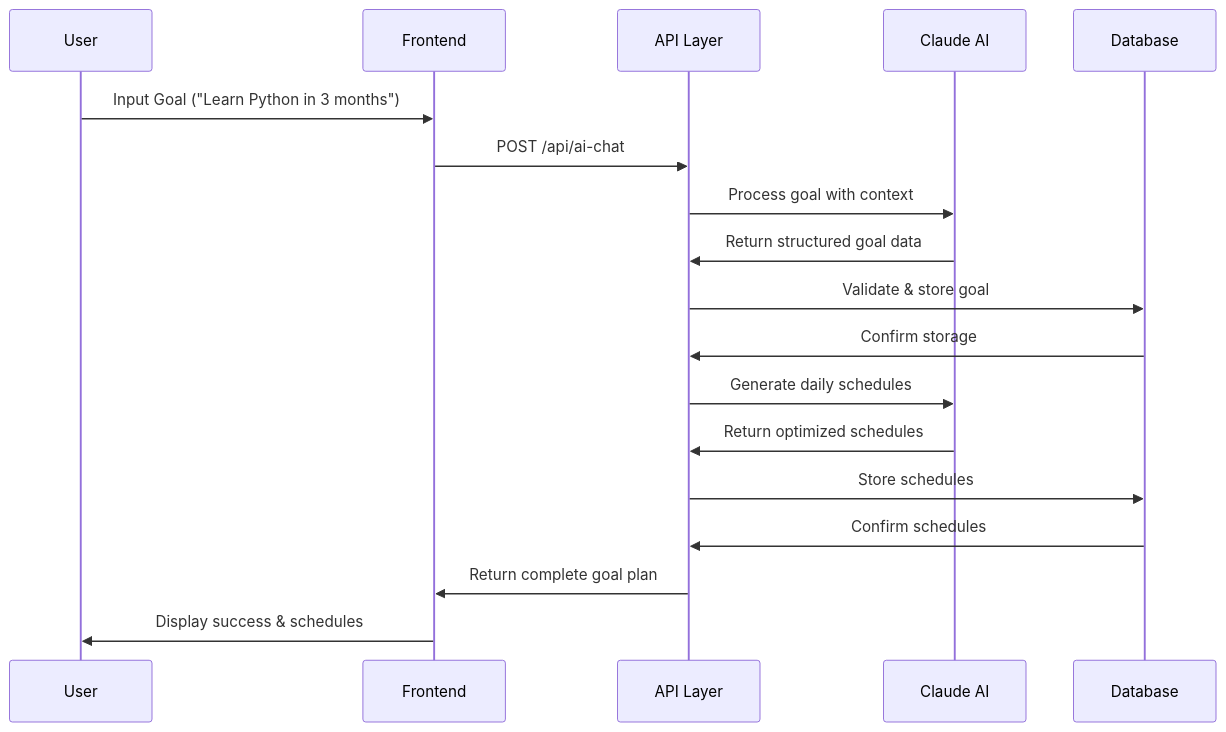
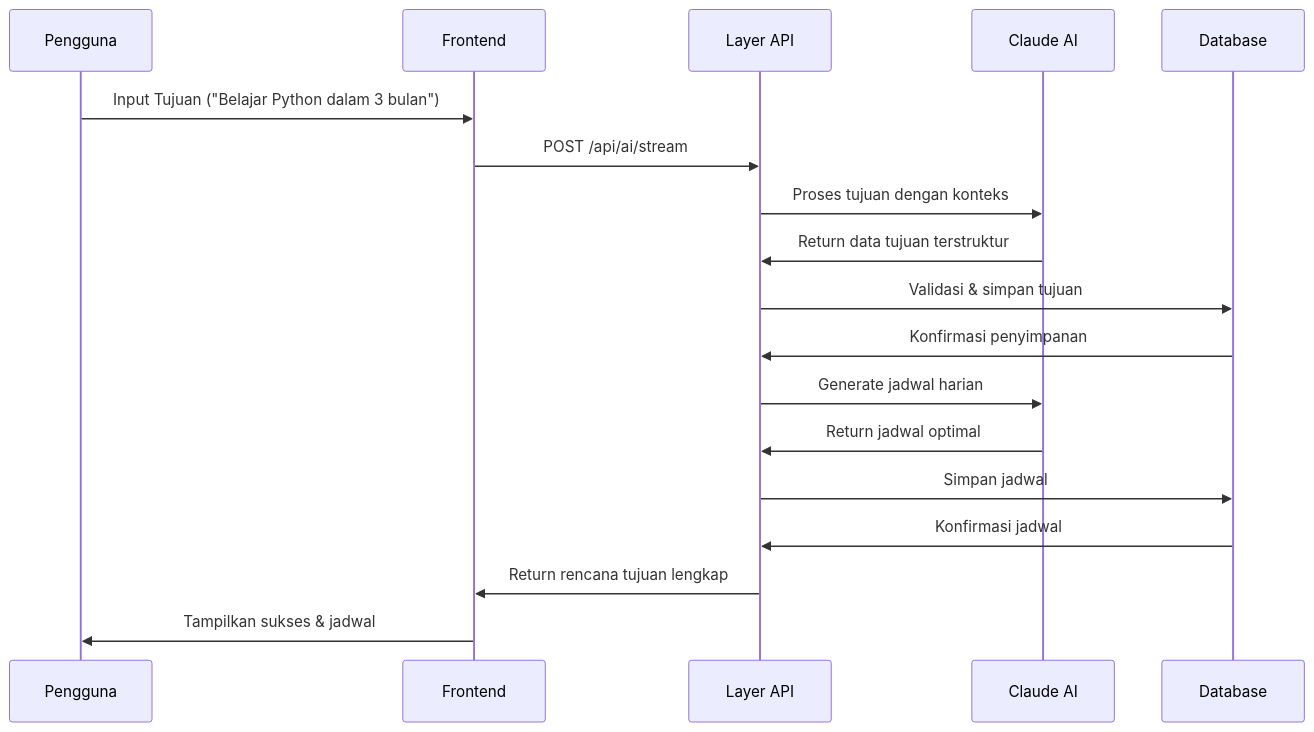
The diagram in README.md (dewianaaryani/scheduler-ai), drawn with Mermaid before and after one commit. The commit also changed other lines of this file and 18 other files, not shown here.

First line of the commit message:
feat: Implement streaming API for goal processing with progress updates

````diff
--- a/README.md
+++ b/README.md
@@ -160,21 +84,21 @@
 ```mermaid
 sequenceDiagram
-    participant U as User
+    participant U as Pengguna
     participant FE as Frontend
-    participant API as API Layer
+    participant API as Layer API
     participant AI as Claude AI
     participant DB as Database
     
-    U->>FE: Input Goal ("Learn Python in 3 months")
-    FE->>API: POST /api/ai-chat
-    API->>AI: Process goal with context
-    AI->>API: Return structured goal data
-    API->>DB: Validate & store goal
-    DB->>API: Confirm storage
-    API->>AI: Generate daily schedules
-    AI->>API: Return optimized schedules
-    API->>DB: Store schedules
-    DB->>API: Confirm schedules
-    API->>FE: Return complete goal plan
-    FE->>U: Display success & schedules
+    U->>FE: Input Tujuan ("Belajar Python dalam 3 bulan")
+    FE->>API: POST /api/ai/stream
+    API->>AI: Proses tujuan dengan konteks
+    AI->>API: Return data tujuan terstruktur
+    API->>DB: Validasi & simpan tujuan
+    DB->>API: Konfirmasi penyimpanan
+    API->>AI: Generate jadwal harian
+    AI->>API: Return jadwal optimal
+    API->>DB: Simpan jadwal
+    DB->>API: Konfirmasi jadwal
+    API->>FE: Return rencana tujuan lengkap
+    FE->>U: Tampilkan sukses & jadwal
 ```
````
